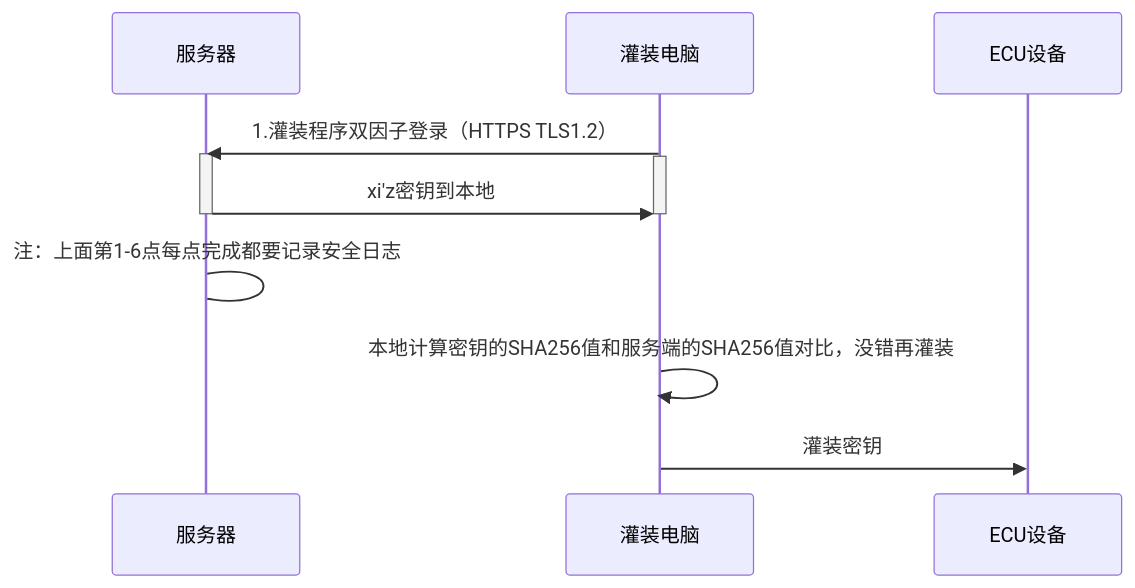
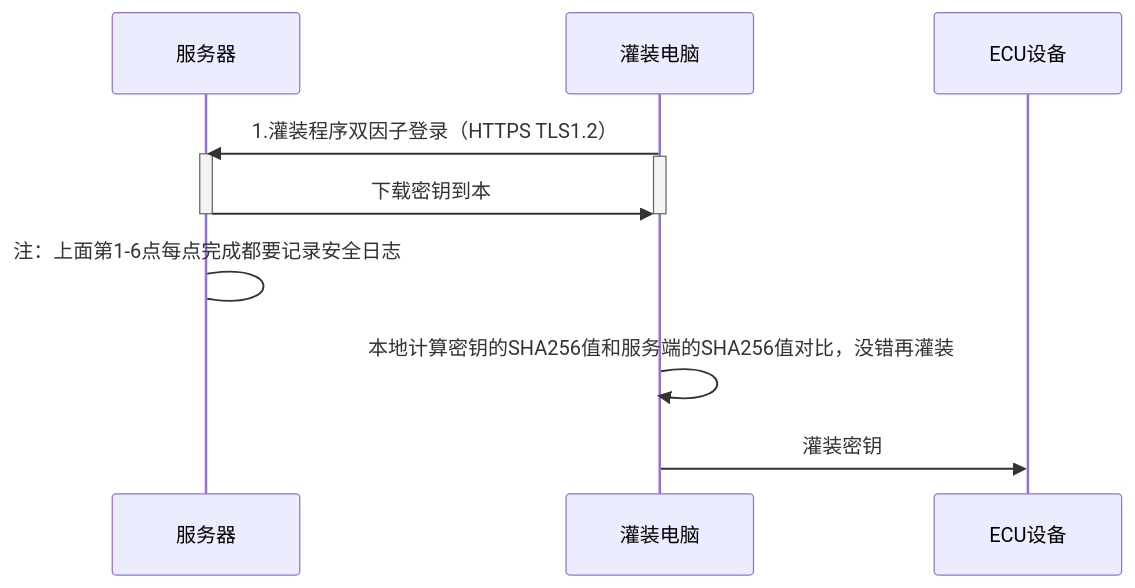
Before and after one commit to facebook-cloud/iodraw-files: the diagram in all/未命名-23.md, drawn with Mermaid.

Commit message:
2026-04-15 17:07:46 update

````diff
--- a/all/未命名-23.md
+++ b/all/未命名-23.md
@@ -1,19 +1,19 @@
 ```mermaid
 sequenceDiagram
   
     participant B as 服务器
     participant D as 灌装电脑
     participant E as ECU设备
 
     D->>B: 1.灌装程序双因子登录（HTTPS TLS1.2）
     activate B
     activate D
-    B->>D: xi'z密钥到本地
+    B->>D: 下载密钥到本
     deactivate B
     deactivate D
     B->B: 注：上面第1-6点每点完成都要记录安全日志
 
     D->>D:本地计算密钥的SHA256值和服务端的SHA256值对比，没错再灌装
     
     D->>E: 灌装密钥
 ```
````
